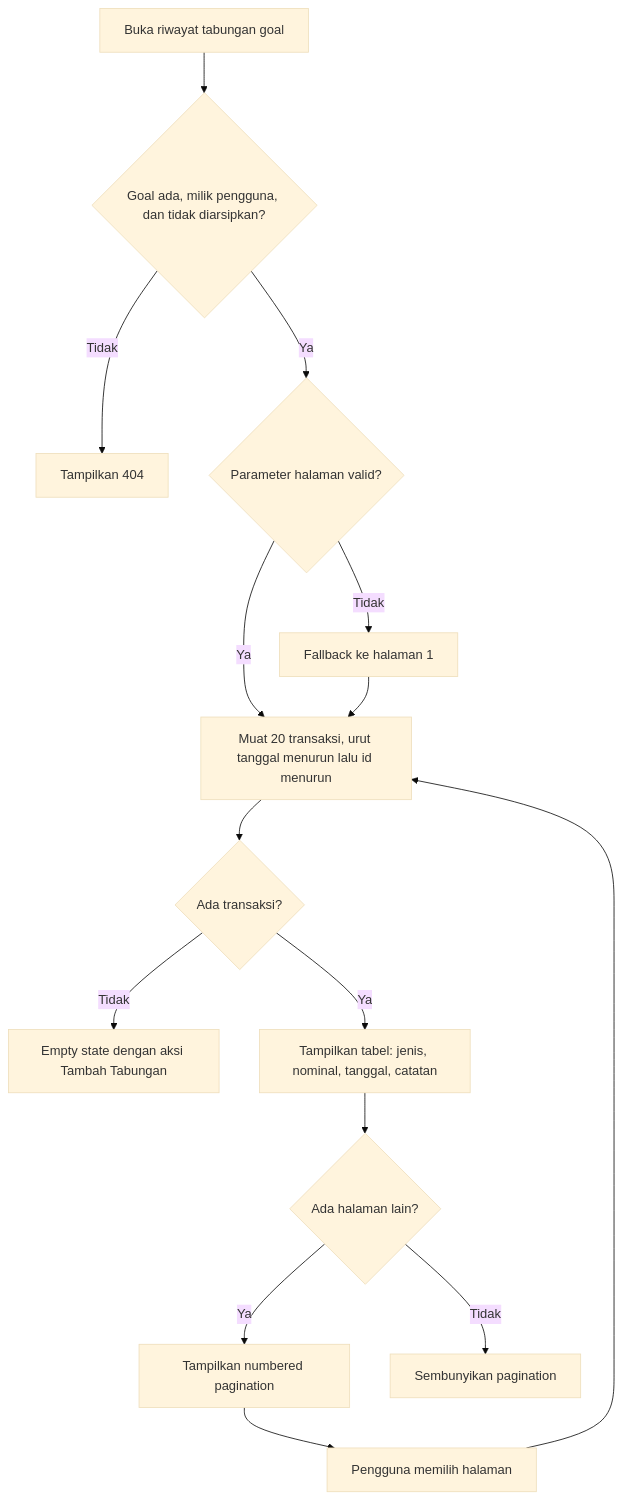
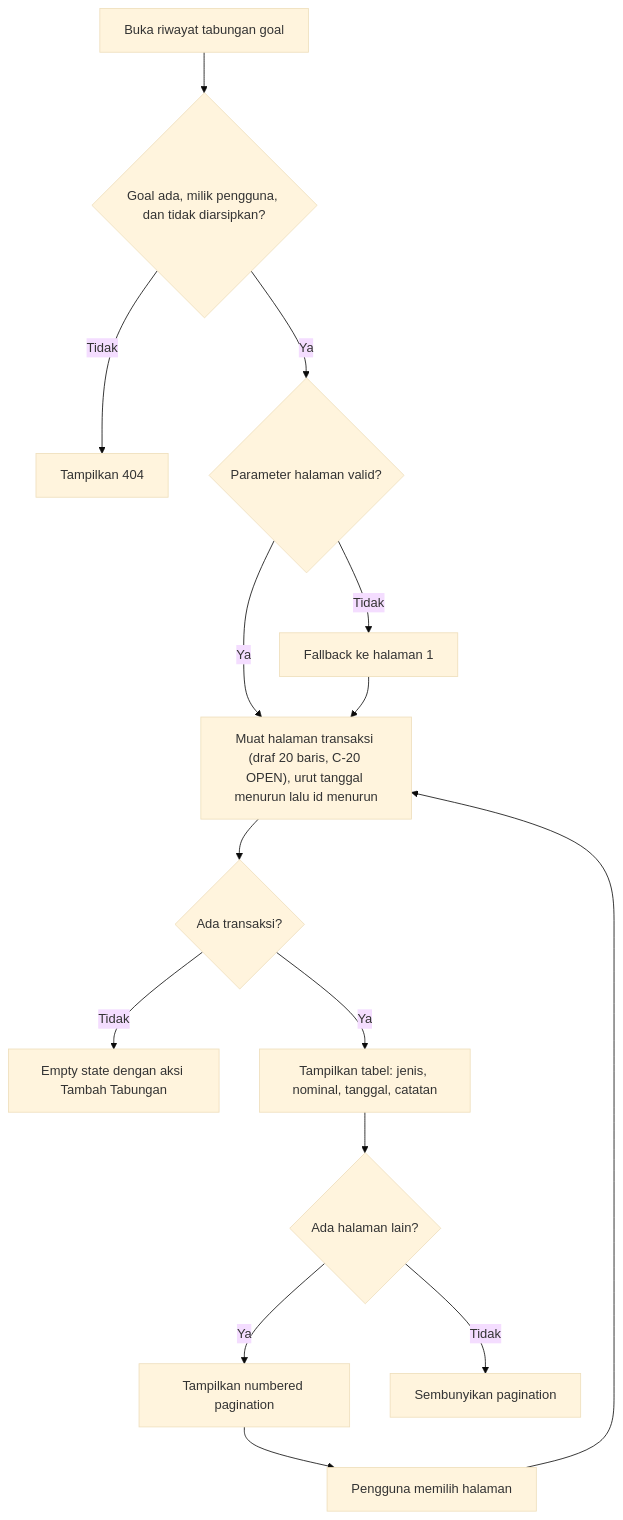
Before and after one commit to denistiahermawan31-hub/Navora: the ninth of 14 diagrams in docs/02-design/USER-FLOW.md, drawn with Mermaid (base theme). The commit also changed other lines of this file and 24 other files, not shown here.

````diff
--- a/docs/02-design/USER-FLOW.md
+++ b/docs/02-design/USER-FLOW.md
@@ -227,17 +227,17 @@
 ```mermaid
 flowchart TD
   A["Buka riwayat tabungan goal"] --> B{"Goal ada, milik pengguna, dan tidak diarsipkan?"}
   B -- "Tidak" --> C["Tampilkan 404"]
   B -- "Ya" --> D{"Parameter halaman valid?"}
   D -- "Tidak" --> E["Fallback ke halaman 1"]
-  D -- "Ya" --> F["Muat 20 transaksi, urut tanggal menurun lalu id menurun"]
+  D -- "Ya" --> F["Muat halaman transaksi (draf 20 baris, C-20 OPEN), urut tanggal menurun lalu id menurun"]
   E --> F
   F --> G{"Ada transaksi?"}
   G -- "Tidak" --> H["Empty state dengan aksi Tambah Tabungan"]
   G -- "Ya" --> I["Tampilkan tabel: jenis, nominal, tanggal, catatan"]
   I --> J{"Ada halaman lain?"}
   J -- "Ya" --> K["Tampilkan numbered pagination"]
   J -- "Tidak" --> L["Sembunyikan pagination"]
   K --> M["Pengguna memilih halaman"]
   M --> F
 ```
````
